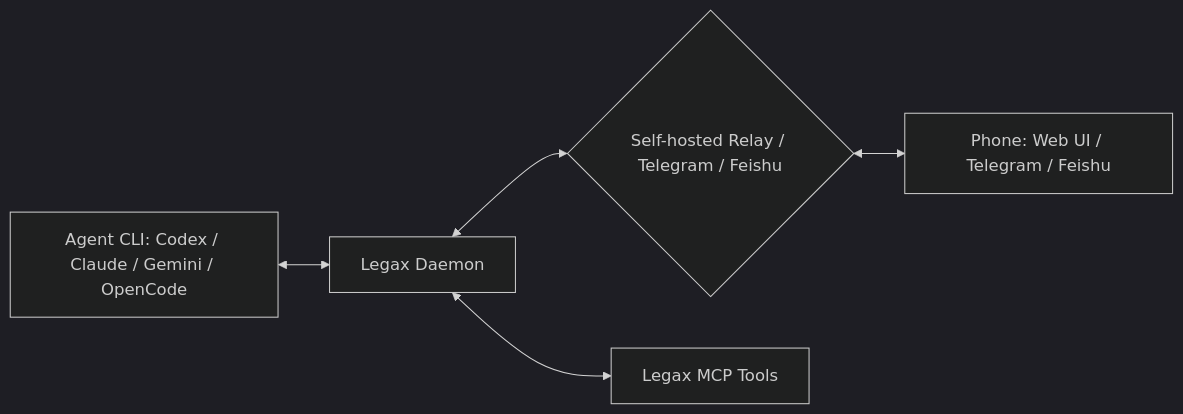
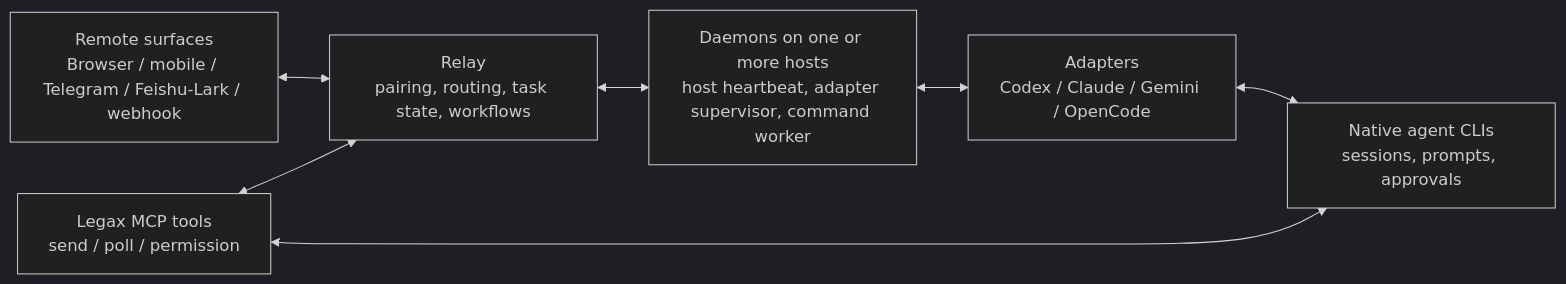
One commit to zhanex/legax changed the diagram in README.md. Above: the diagram before and after it, drawn with Mermaid (dark theme). The commit also changed other lines of this file and 25 other files, not shown here.

Commit message:
docs: clarify agent CLI coordination

````diff
--- a/README.md
+++ b/README.md
@@ -77,7 +104,9 @@
 ```mermaid
-graph LR
-  A["Agent CLI: Codex / Claude / Gemini / OpenCode"] <--> B["Legax Daemon"]
-  B <--> C{"Self-hosted Relay / Telegram / Feishu"}
-  C <--> D["Phone: Web UI / Telegram / Feishu"]
-  B <--> E["Legax MCP Tools"]
+flowchart LR
+  Remote["Remote surfaces\nBrowser / mobile / Telegram / Feishu-Lark / webhook"] <--> Relay["Relay\npairing, routing, task state, workflows"]
+  Relay <--> Daemons["Daemons on one or more hosts\nhost heartbeat, adapter supervisor, command worker"]
+  Daemons <--> Adapters["Adapters\nCodex / Claude / Gemini / OpenCode"]
+  Adapters <--> Agents["Native agent CLIs\nsessions, prompts, approvals"]
+  Tools["Legax MCP tools\nsend / poll / permission"] <--> Relay
+  Tools <--> Agents
 ```
````
